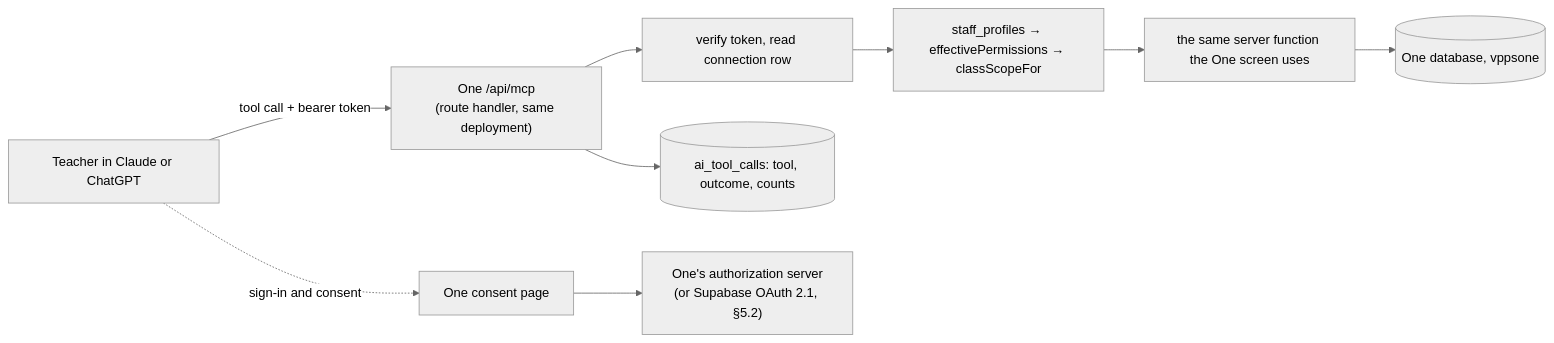
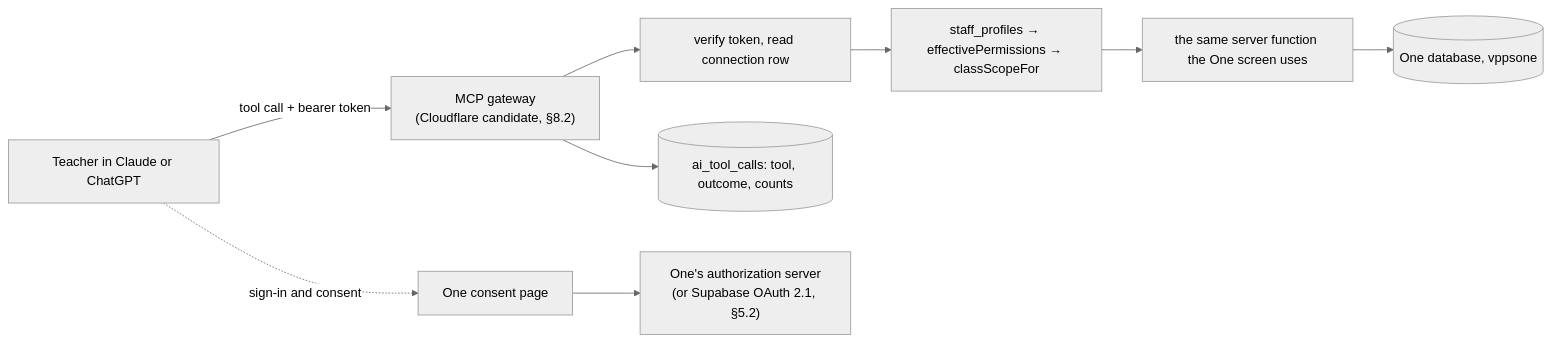
The diagram in docs/plans/2026-11-03-mcp-feasibility.md (sharatkaviraj/KMD), drawn with Mermaid (neutral theme) before and after one commit. The commit also changed other lines of this file, not shown here.

Commit message:
docs: record owner MCP decisions and conditional free hosting plan

````diff
--- a/docs/plans/2026-11-03-mcp-feasibility.md
+++ b/docs/plans/2026-11-03-mcp-feasibility.md
@@ -123,11 +128,11 @@
 ```mermaid
 flowchart LR
-    T["Teacher in Claude or ChatGPT"] -->|"tool call + bearer token"| M["One /api/mcp<br/>(route handler, same deployment)"]
+    T["Teacher in Claude or ChatGPT"] -->|"tool call + bearer token"| M["MCP gateway<br/>(Cloudflare candidate, §8.2)"]
     M --> V["verify token, read connection row"]
     V --> S["staff_profiles → effectivePermissions → classScopeFor"]
     S --> F["the same server function the One screen uses"]
     F --> DB[("One database, vppsone")]
     M --> L[("ai_tool_calls: tool, outcome, counts")]
     T -.->|"sign-in and consent"| A["One consent page"]
     A --> AS["One's authorization server<br/>(or Supabase OAuth 2.1, §5.2)"]
 ```
````
